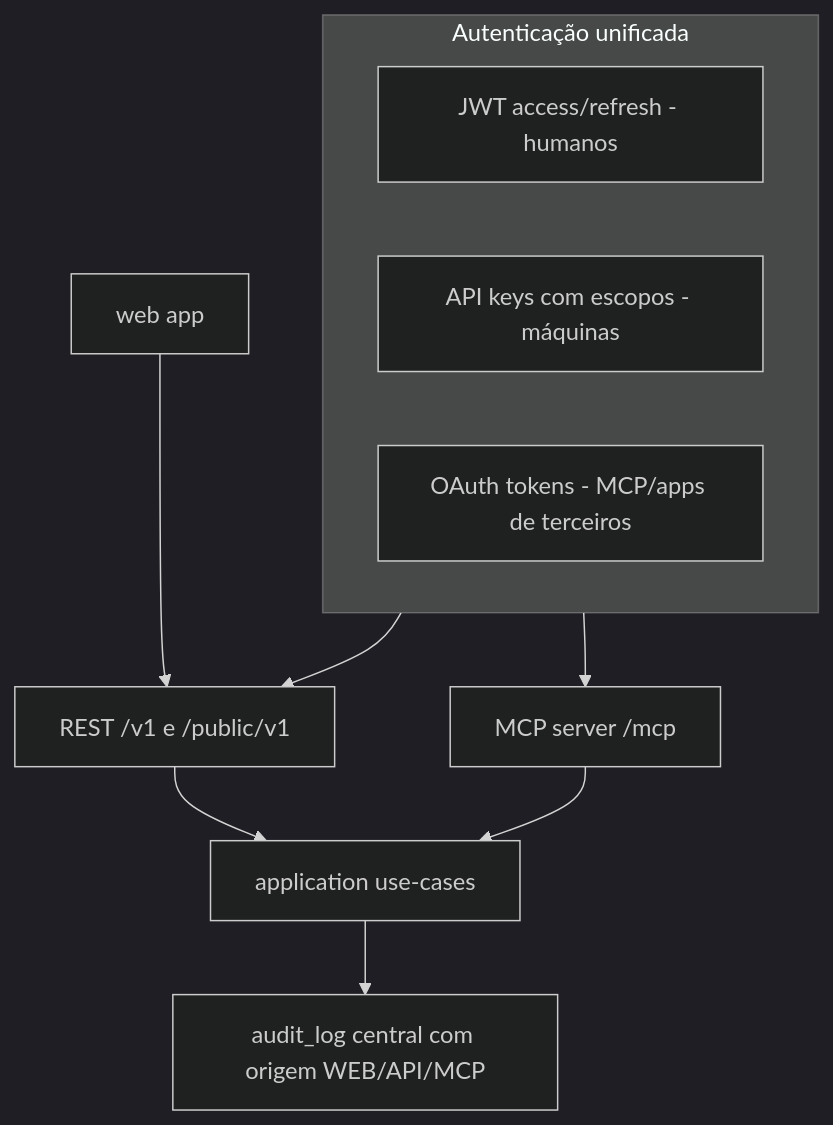
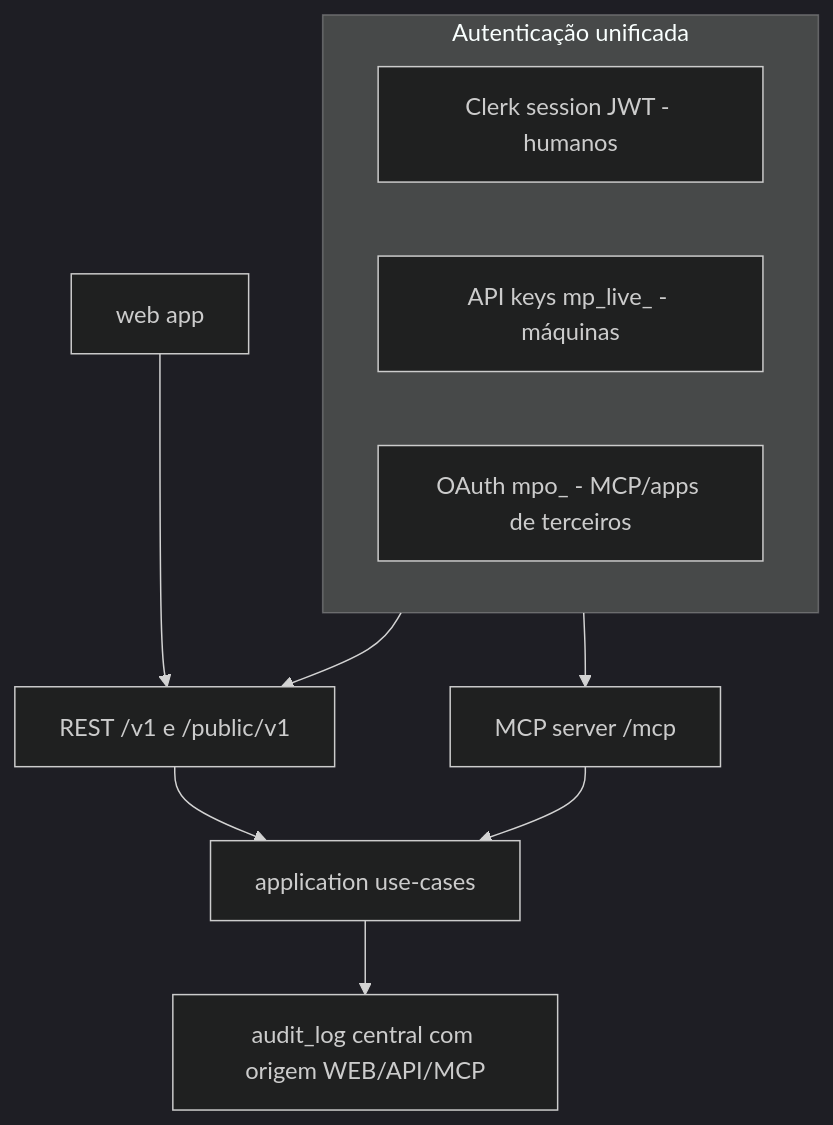
The diagram in docs/specs/SPEC_API_MCP.md (manypost/manypost-app), drawn with Mermaid (dark theme) before and after one commit. The commit also changed other lines of this file, not shown here.

First line of the commit message:
docs(api): document Clerk-only human auth; historicize JWT sections

````diff
--- a/docs/specs/SPEC_API_MCP.md
+++ b/docs/specs/SPEC_API_MCP.md
@@ -9,13 +11,13 @@
 ```mermaid
 flowchart TB
     REST[REST /v1 e /public/v1] --> UC[application use-cases]
     MCP[MCP server /mcp] --> UC
     WEB[web app] --> REST
     subgraph authn [Autenticação unificada]
-        JWT[JWT access/refresh - humanos]
-        KEY[API keys com escopos - máquinas]
-        OAT[OAuth tokens - MCP/apps de terceiros]
+        CLERK[Clerk session JWT - humanos]
+        KEY[API keys mp_live_ - máquinas]
+        OAT[OAuth mpo_ - MCP/apps de terceiros]
     end
     authn --> REST & MCP
     UC --> AUD[audit_log central com origem WEB/API/MCP]
 ```
````
